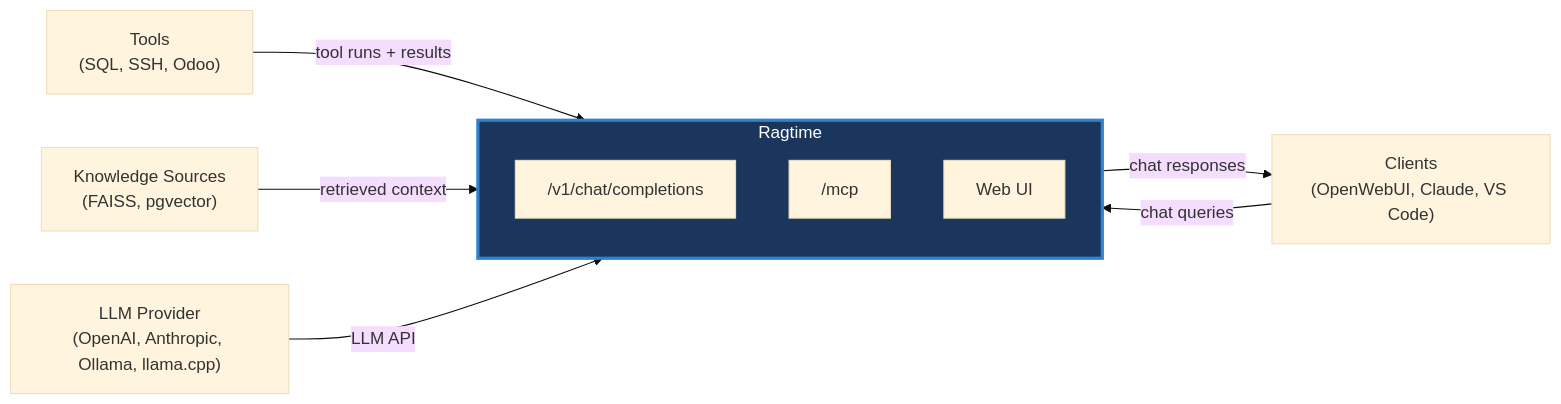
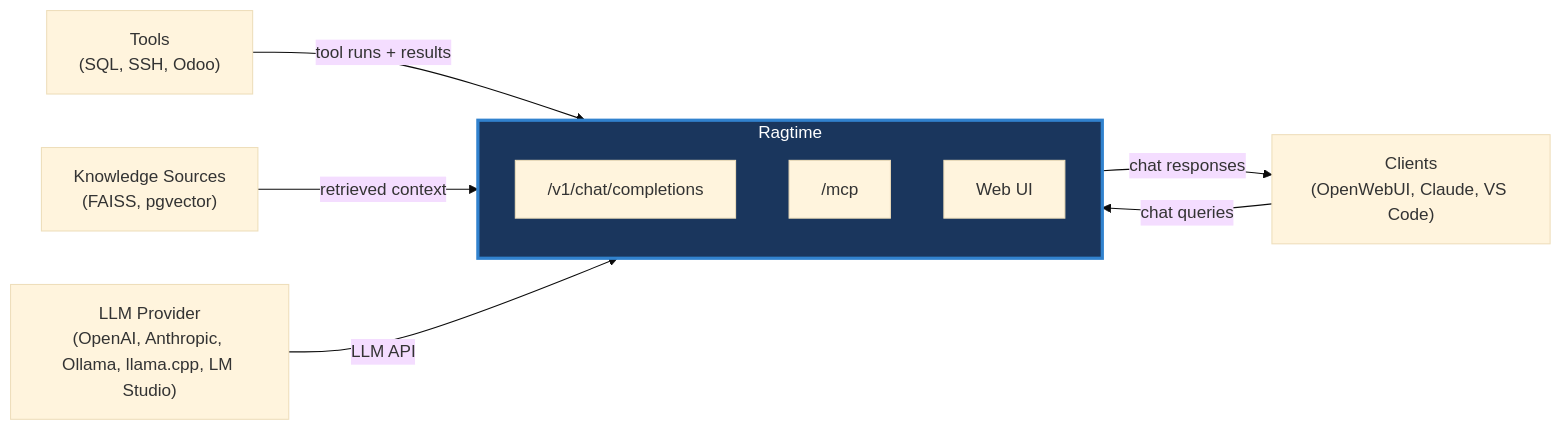
Before and after one commit to mattv8/ragtime: the diagram in README.md, drawn with Mermaid (base theme). The commit also changed other lines of this file and 23 other files, not shown here.

Commit message:
Add LM Studio support to API and update related components

````diff
--- a/README.md
+++ b/README.md
@@ -55,18 +55,18 @@
 ```mermaid
 flowchart LR
   Tools["Tools<br/>(SQL, SSH, Odoo)"] -->|tool runs + results| Ragtime
   Context["Knowledge Sources<br/>(FAISS, pgvector)"] -->|retrieved context| Ragtime
-  LLM["LLM Provider<br/>(OpenAI, Anthropic, Ollama, llama.cpp)"] -->|LLM API| Ragtime
+  LLM["LLM Provider<br/>(OpenAI, Anthropic, Ollama, llama.cpp, LM Studio)"] -->|LLM API| Ragtime
 
   subgraph Ragtime["Ragtime"]
     direction TB
     API["/v1/chat/completions"]
     MCP["/mcp"]
     UI["Web UI"]
   end
 
   Ragtime -->|chat responses| Clients["Clients<br/>(OpenWebUI, Claude, VS Code)"]
   Clients -->|chat queries| Ragtime
 
   style Ragtime fill:#1a365d,stroke:#3182ce,stroke-width:3px,color:#fff
 ```
````
